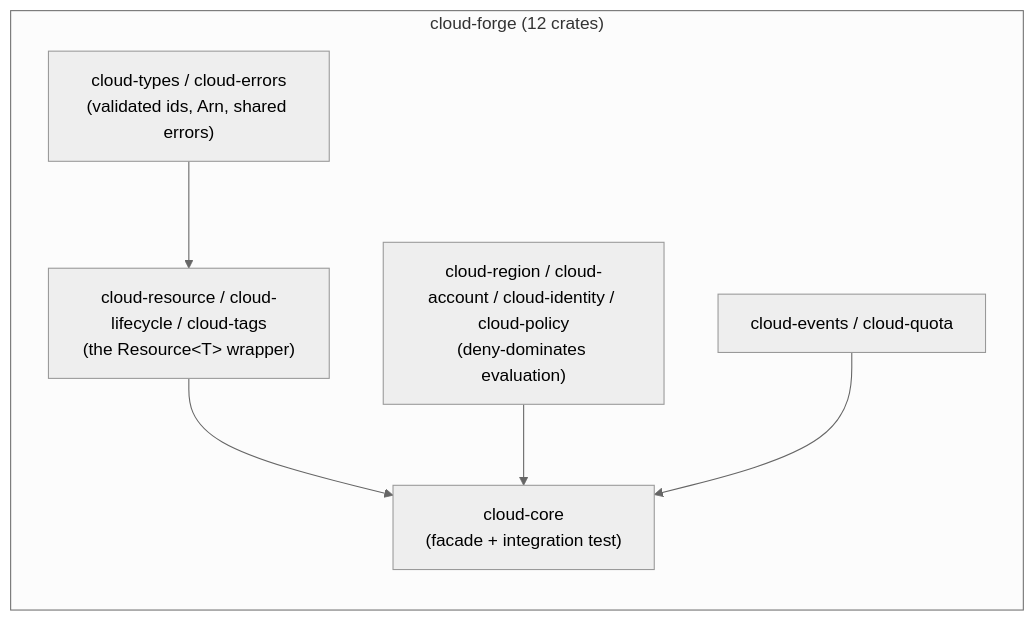
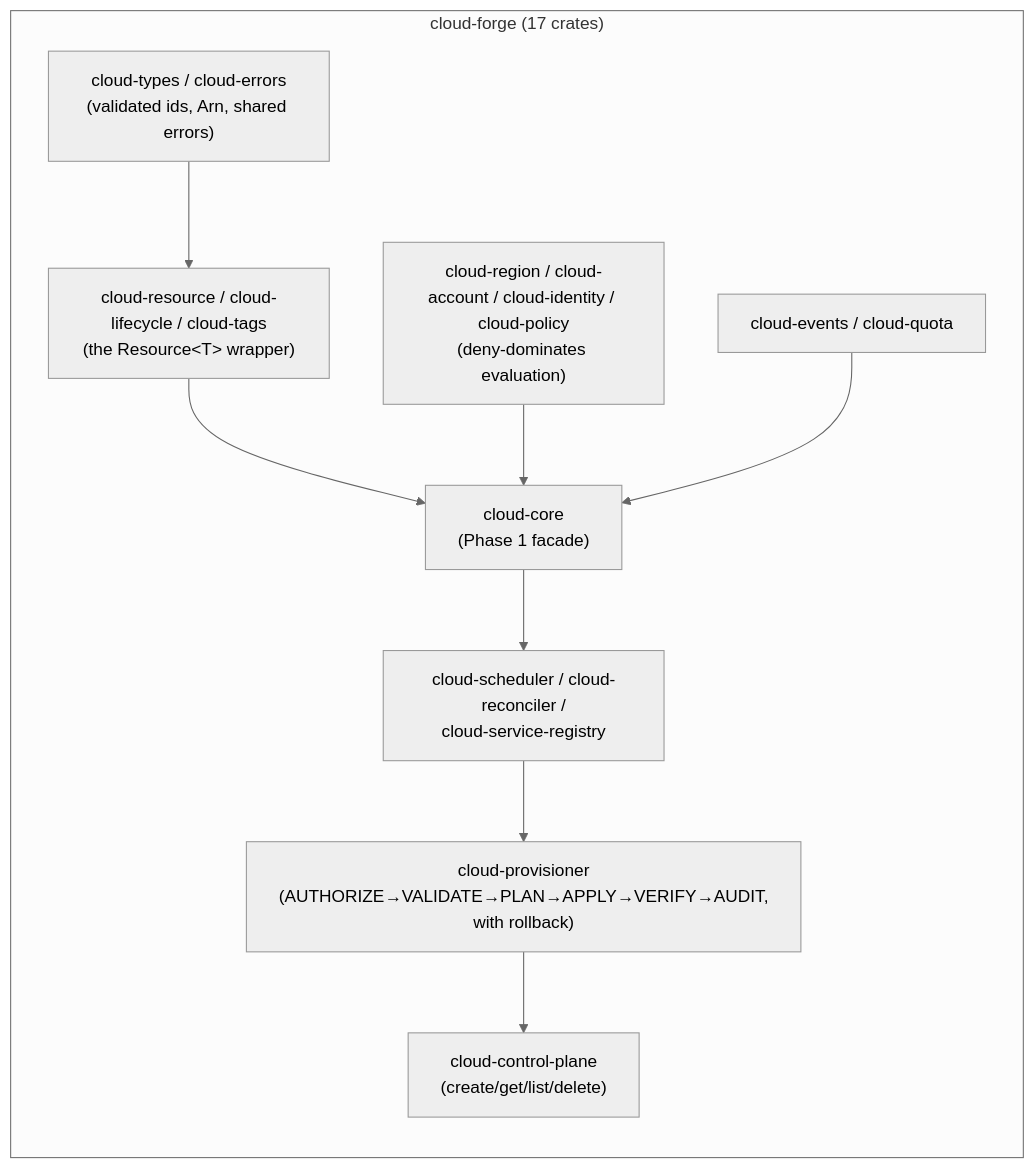
One commit to SNAPKITTYAGENT9NOVA/tlm-jxcl-forge changed the fifth of 5 diagrams in README.md. Above: the diagram before and after it, drawn with Mermaid (neutral theme). The commit also changed other lines of this file and 13 other files, not shown here.

First line of the commit message:
cloud-forge: Phase 2, the control plane (5 crates)

````diff
--- a/README.md
+++ b/README.md
@@ -398,14 +399,18 @@
 ```mermaid
 flowchart LR
-    subgraph cf["cloud-forge (12 crates)"]
+    subgraph cf["cloud-forge (17 crates)"]
         direction TB
         types["cloud-types / cloud-errors<br/>(validated ids, Arn, shared errors)"]
         model["cloud-resource / cloud-lifecycle / cloud-tags<br/>(the Resource&lt;T&gt; wrapper)"]
         access["cloud-region / cloud-account / cloud-identity / cloud-policy<br/>(deny-dominates evaluation)"]
         ops["cloud-events / cloud-quota"]
-        core["cloud-core<br/>(facade + integration test)"]
+        core["cloud-core<br/>(Phase 1 facade)"]
+        control["cloud-scheduler / cloud-reconciler /<br/>cloud-service-registry"]
+        pipeline["cloud-provisioner<br/>(AUTHORIZE→VALIDATE→PLAN→APPLY→VERIFY→AUDIT,<br/>with rollback)"]
+        plane["cloud-control-plane<br/>(create/get/list/delete)"]
         types --> model --> core
         access --> core
         ops --> core
+        core --> control --> pipeline --> plane
     end
 ```
````
